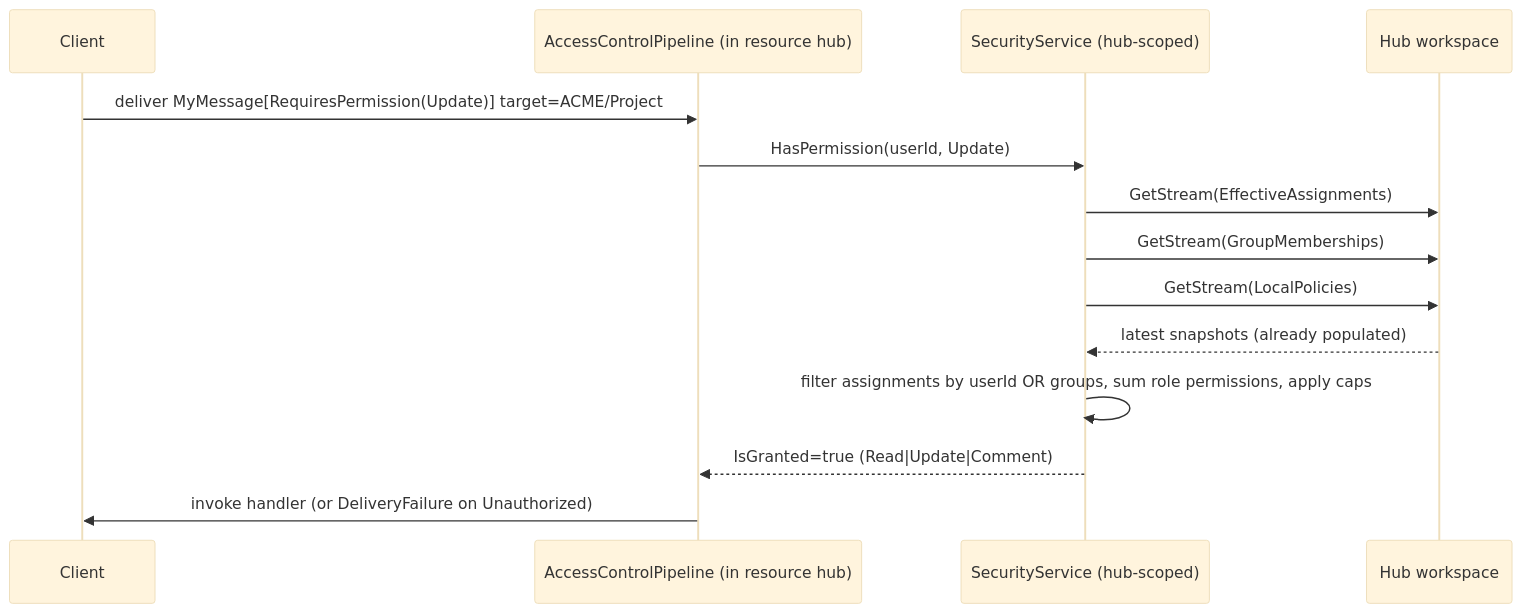
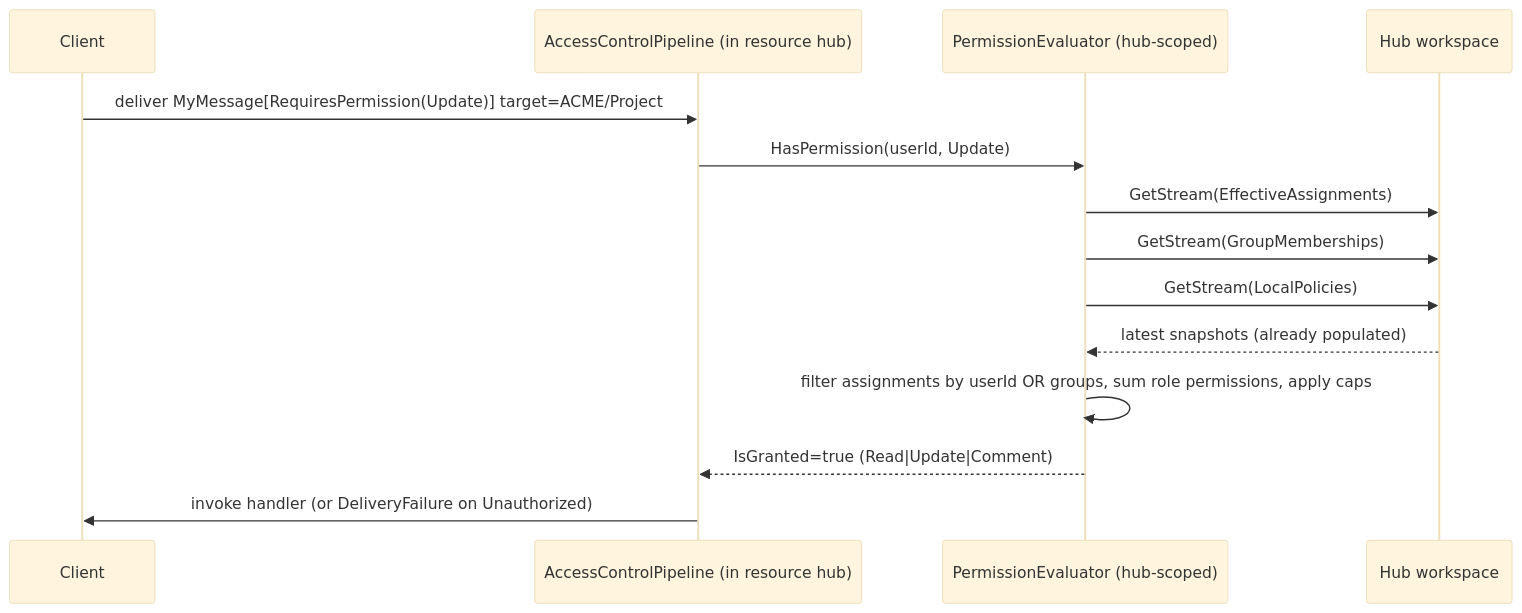
The first of 4 diagrams in src/MeshWeaver.Documentation/Data/Architecture/AccessControl.md (Systemorph/MeshWeaver), drawn with Mermaid (base theme) before and after one commit. The commit also changed other lines of this file and 39 other files, not shown here.

````diff
--- a/src/MeshWeaver.Documentation/Data/Architecture/AccessControl.md
+++ b/src/MeshWeaver.Documentation/Data/Architecture/AccessControl.md
@@ -178,16 +178,16 @@
 ```mermaid
 sequenceDiagram
     participant Client
     participant Pipeline as AccessControlPipeline (in resource hub)
-    participant SecSvc as SecurityService (hub-scoped)
+    participant SecSvc as PermissionEvaluator (hub-scoped)
     participant Workspace as Hub workspace
     Client->>Pipeline: deliver MyMessage[RequiresPermission(Update)] target=ACME/Project
     Pipeline->>SecSvc: HasPermission(userId, Update)
     SecSvc->>Workspace: GetStream(EffectiveAssignments)
     SecSvc->>Workspace: GetStream(GroupMemberships)
     SecSvc->>Workspace: GetStream(LocalPolicies)
     Workspace-->>SecSvc: latest snapshots (already populated)
     SecSvc->>SecSvc: filter assignments by userId OR groups, sum role permissions, apply caps
     SecSvc-->>Pipeline: IsGranted=true (Read|Update|Comment)
     Pipeline->>Client: invoke handler (or DeliveryFailure on Unauthorized)
 ```
````
